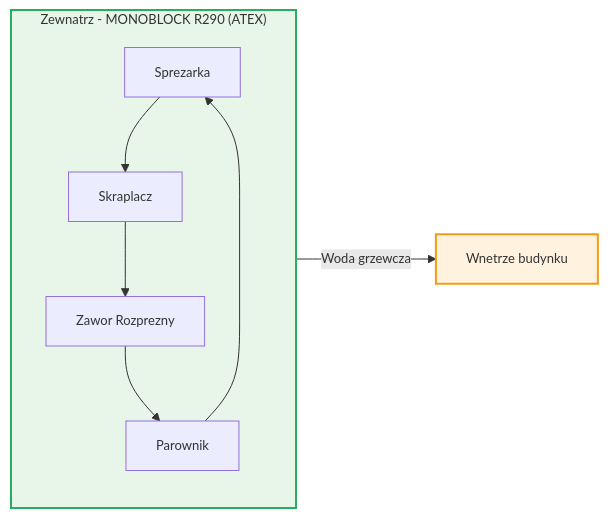
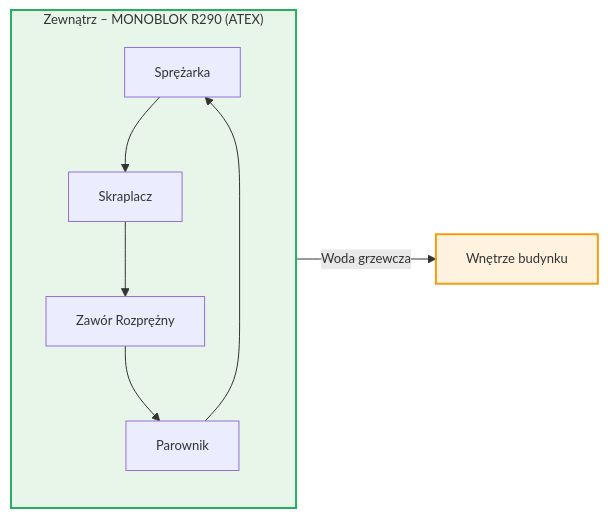
One commit to moondec/Termodynamika changed the second of 4 diagrams in Wyklady/11_Chlodnictwo.qmd. Above: the diagram before and after it, drawn with Mermaid. The commit also changed other lines of this file and 80 other files, not shown here.

````diff
--- a/Wyklady/11_Chlodnictwo.qmd
+++ b/Wyklady/11_Chlodnictwo.qmd
@@ -587,14 +604,14 @@
 ```{mermaid}
 %%{init: {'theme': 'default', 'themeVariables': { 'fontSize': '13px' }}}%%
 flowchart LR
-    subgraph OUT["Zewnatrz - MONOBLOCK R290 (ATEX)"]
+    subgraph OUT["Zewnątrz – MONOBLOK R290 (ATEX)"]
         direction TB
-        SP["Sprezarka"] --> SK["Skraplacz"]
-        SK --> ZR["Zawor Rozprezny"]
+        SP["Sprężarka"] --> SK["Skraplacz"]
+        SK --> ZR["Zawór Rozprężny"]
         ZR --> PA["Parownik"]
         PA --> SP
     end
-    OUT -- "Woda grzewcza" --> IN["Wnetrze budynku"]
+    OUT -- "Woda grzewcza" --> IN["Wnętrze budynku"]
     style OUT fill:#e8f5e9,stroke:#27ae60,stroke-width:2px
     style IN fill:#fff3e0,stroke:#f39c12,stroke-width:2px
 ```
````
